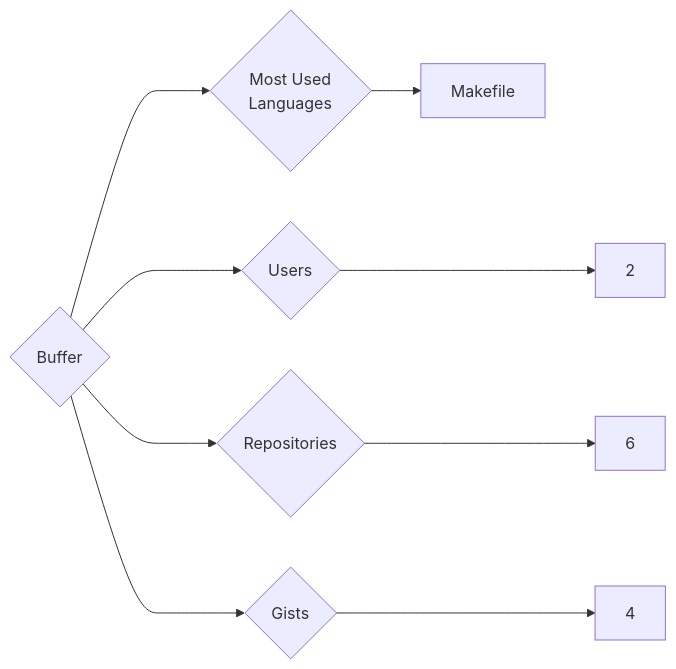
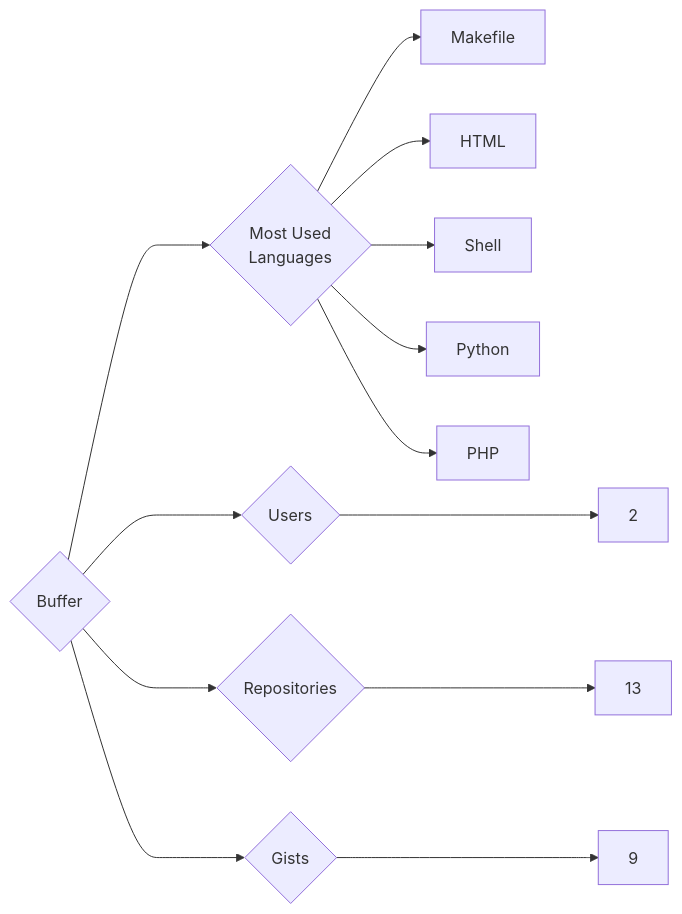
Before and after one commit to trickest/insiders: the diagram in targets/Buffer/README.md, drawn with Mermaid. The commit also changed 636 other files, not shown here.

````diff
--- a/targets/Buffer/README.md
+++ b/targets/Buffer/README.md
@@ -3,9 +3,13 @@
 ```mermaid
 graph LR
 COMPANY_NAME{Buffer}
 COMPANY_NAME ---> U{Users} ---> UN[2]
-COMPANY_NAME ---> R{Repositories} ---> RN[6]
-COMPANY_NAME ---> G{Gists} ---> GN[4]
+COMPANY_NAME ---> R{Repositories} ---> RN[13]
+COMPANY_NAME ---> G{Gists} ---> GN[9]
 COMPANY_NAME ---> ML{Most Used<br>Languages}
 ML --> Makefile[Makefile]
+ML --> HTML[HTML]
+ML --> Shell[Shell]
+ML --> Python[Python]
+ML --> PHP[PHP]
 ```
````
